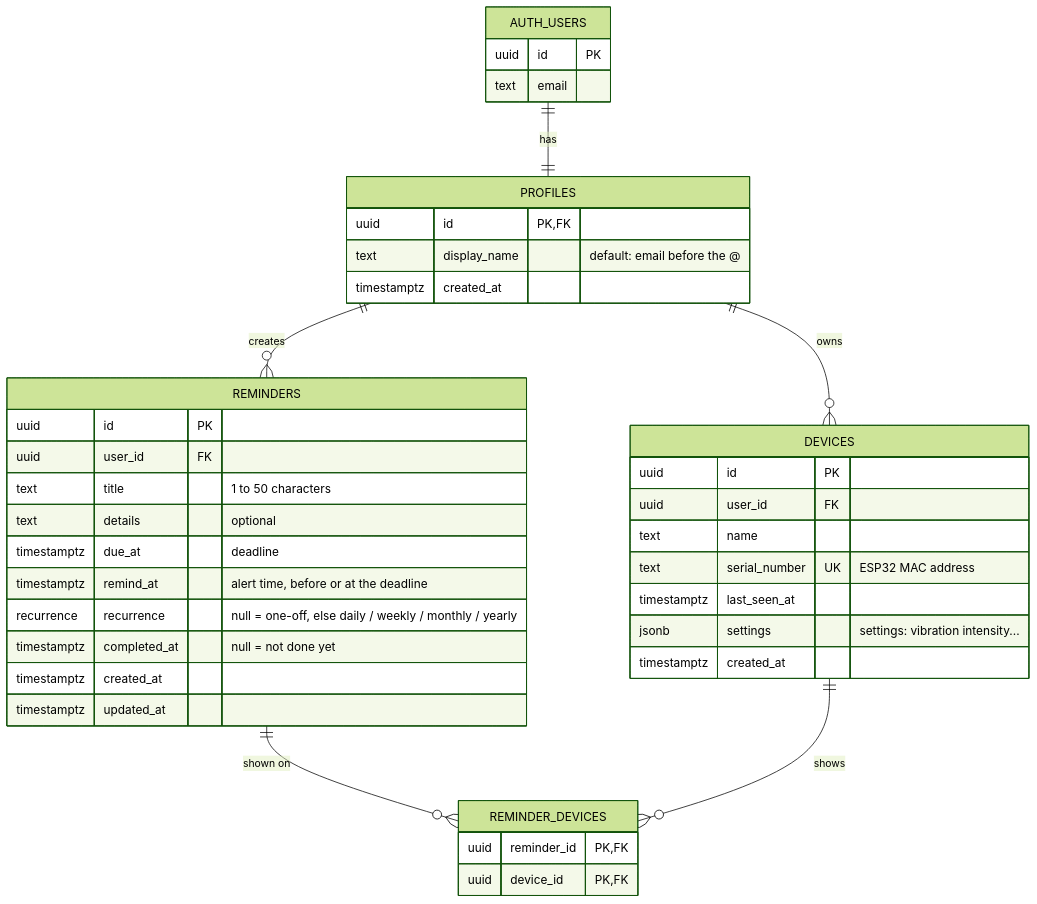
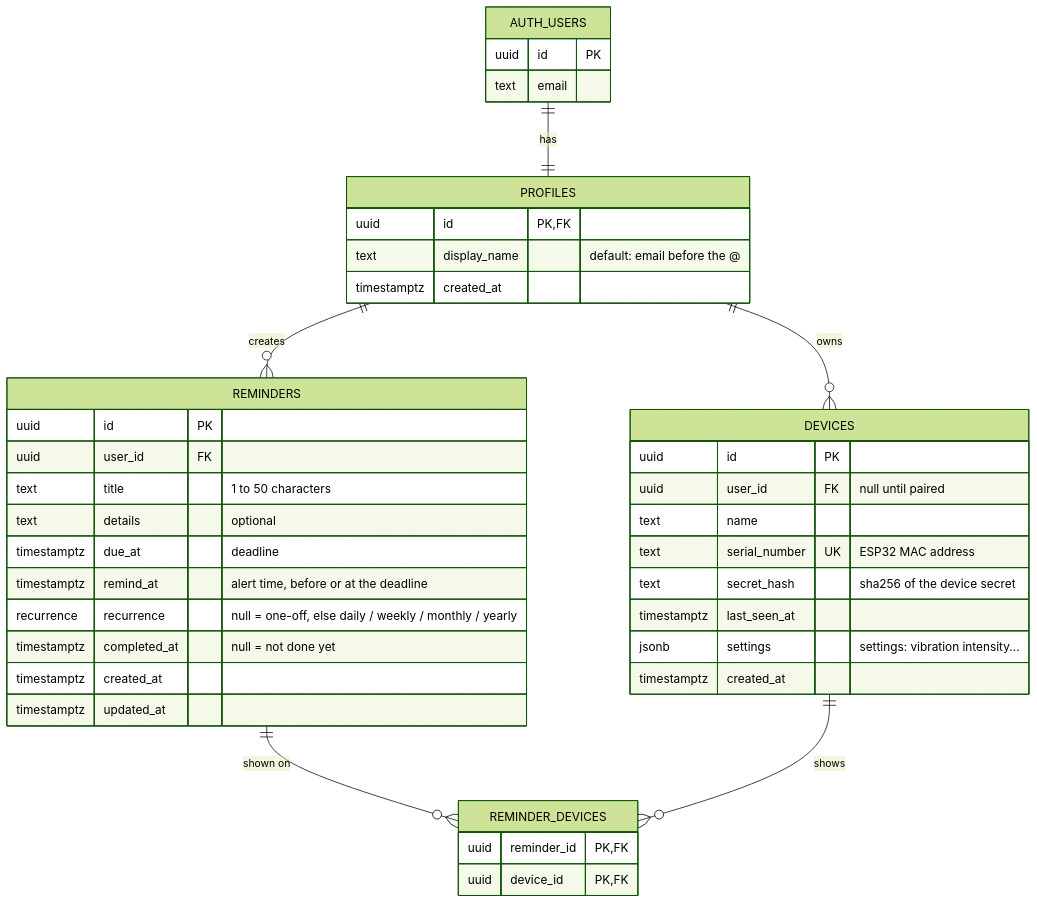
The diagram in database/schema.md (acronoxx/desk-companion), drawn with Mermaid (forest theme) before and after one commit. The commit also changed other lines of this file and 20 other files, not shown here.

````diff
--- a/database/schema.md
+++ b/database/schema.md
@@ -9,47 +9,48 @@
 ```mermaid
 erDiagram
     AUTH_USERS ||--|| PROFILES : "has"
     PROFILES ||--o{ DEVICES : "owns"
     PROFILES ||--o{ REMINDERS : "creates"
     REMINDERS ||--o{ REMINDER_DEVICES : "shown on"
     DEVICES ||--o{ REMINDER_DEVICES : "shows"
 
     AUTH_USERS {
         uuid id PK
         text email
     }
 
     PROFILES {
         uuid id PK, FK
         text display_name "default: email before the @"
         timestamptz created_at
     }
 
     DEVICES {
         uuid id PK
-        uuid user_id FK
+        uuid user_id FK "null until paired"
         text name
         text serial_number UK "ESP32 MAC address"
+        text secret_hash "sha256 of the device secret"
         timestamptz last_seen_at
         jsonb settings "settings: vibration intensity..."
         timestamptz created_at
     }
 
     REMINDERS {
         uuid id PK
         uuid user_id FK
         text title "1 to 50 characters"
         text details "optional"
         timestamptz due_at "deadline"
         timestamptz remind_at "alert time, before or at the deadline"
         recurrence recurrence "null = one-off, else daily / weekly / monthly / yearly"
         timestamptz completed_at "null = not done yet"
         timestamptz created_at
         timestamptz updated_at
     }
 
     REMINDER_DEVICES {
         uuid reminder_id PK, FK
         uuid device_id PK, FK
     }
 ```
````
